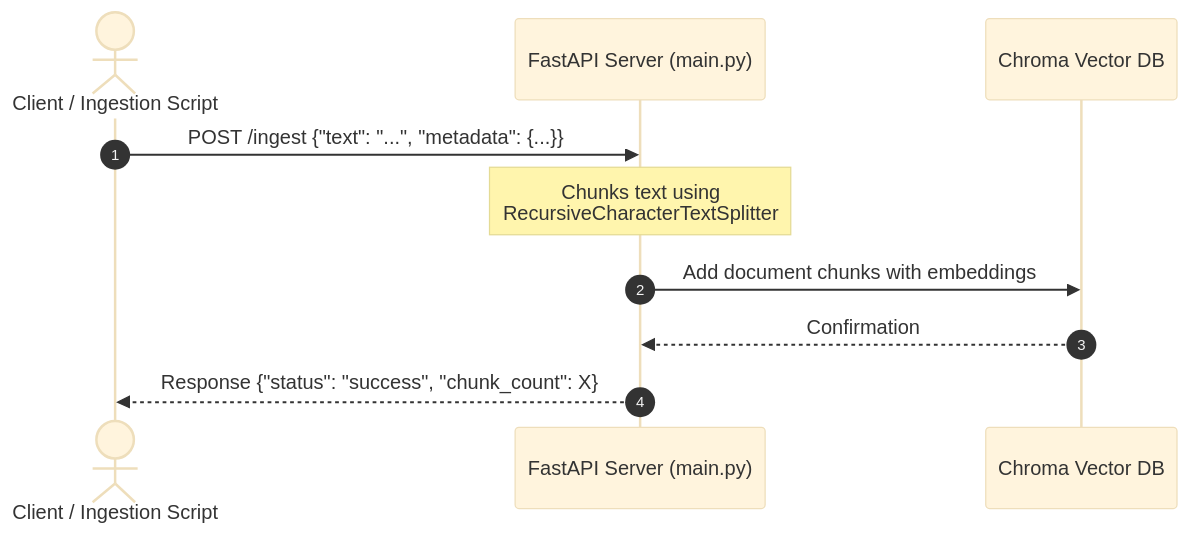
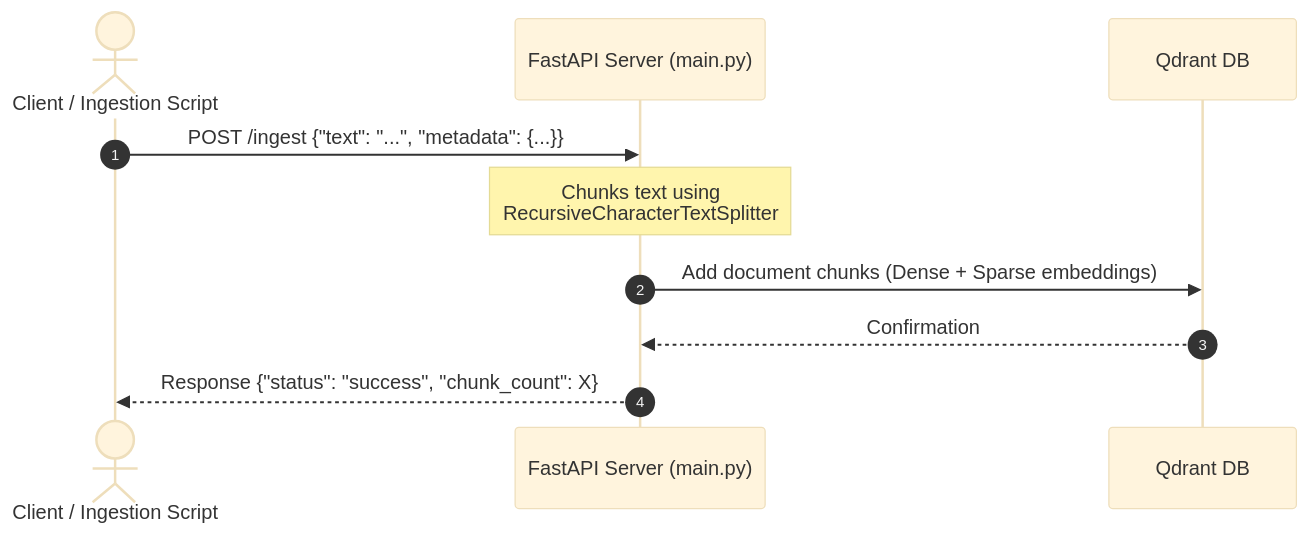
The third of 5 diagrams in README.md (boycececil666gmailcom/rag-chatbot), drawn with Mermaid (base theme) before and after one commit. The commit also changed other lines of this file and 14 other files, not shown here.

Commit message:
feat: migrate vector storage to Qdrant, configure Kubernetes deployments, and modernize backend project structure.

````diff
--- a/README.md
+++ b/README.md
@@ -97,13 +93,13 @@
 ```mermaid
 sequenceDiagram
     autonumber
     actor Client as Client / Ingestion Script
     participant App as FastAPI Server (main.py)
-    participant VectorStore as Chroma Vector DB
+    participant VectorStore as Qdrant DB
 
     Client->>App: POST /ingest {"text": "...", "metadata": {...}}
     Note over App: Chunks text using<br/>RecursiveCharacterTextSplitter
-    App->>VectorStore: Add document chunks with embeddings
+    App->>VectorStore: Add document chunks (Dense + Sparse embeddings)
     VectorStore-->>App: Confirmation
     App-->>Client: Response {"status": "success", "chunk_count": X}
 ```
````
